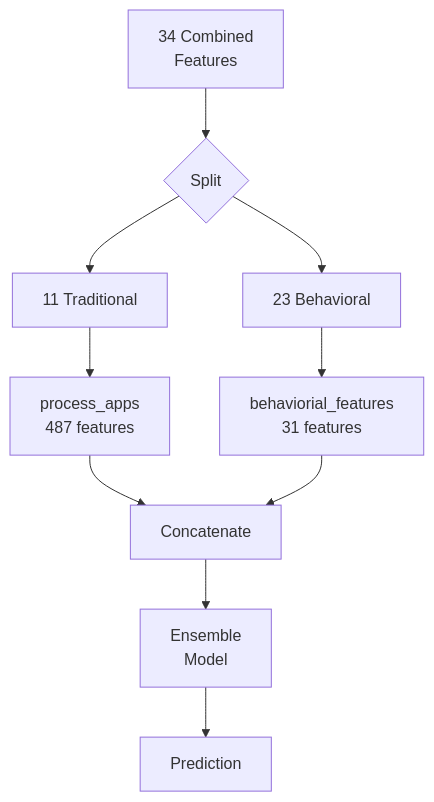
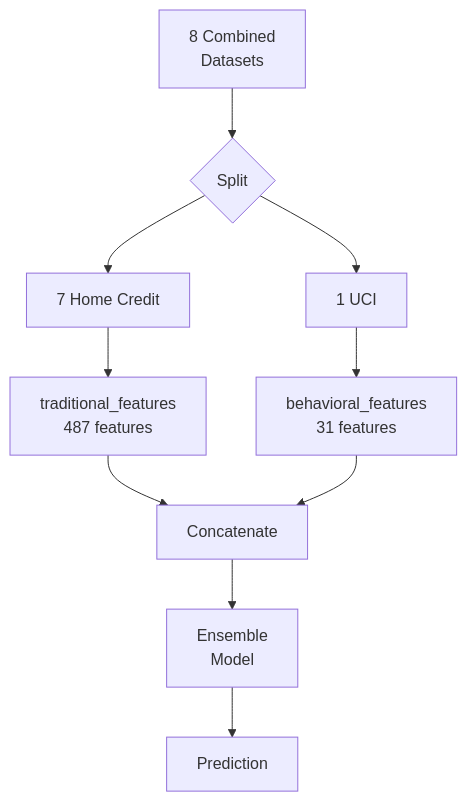
Before and after one commit to walterzenia/A-smart-Loan-default-hybrid-system: the fourth of 10 diagrams in ARCHITECTURE_GUIDE_COMPACT.md, drawn with Mermaid. The commit also changed other lines of this file and 14 other files, not shown here.

````diff
--- a/ARCHITECTURE_GUIDE_COMPACT.md
+++ b/ARCHITECTURE_GUIDE_COMPACT.md
@@ -78,16 +82,16 @@
 ```mermaid
 graph TB
-    A[34 Combined<br/>Features] --> Split{Split}
+    A[8 Combined<br/>Datasets] --> Split{Split}
 
-    Split --> T[11 Traditional]
-    Split --> B[23 Behavioral]
+    Split --> T[7 Home Credit]
+    Split --> B[1 UCI]
 
-    T --> TE[process_apps<br/>487 features]
-    B --> BE[behaviorial_features<br/>31 features]
+    T --> TE[traditional_features<br/>487 features]
+    B --> BE[behavioral_features<br/>31 features]
 
     TE --> C[Concatenate]
     BE --> C
 
     C --> M[Ensemble<br/>Model]
     M --> P[Prediction]
 ```
````
